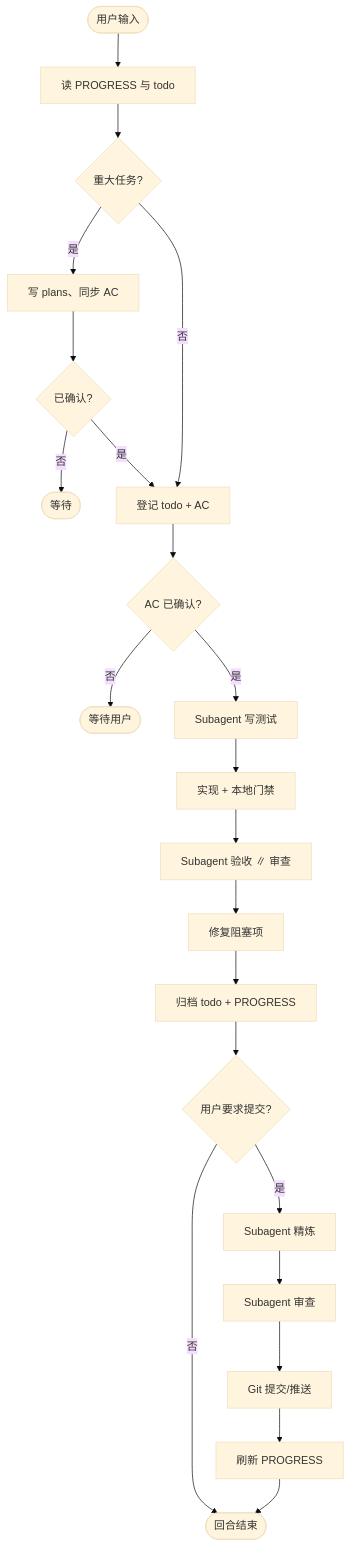
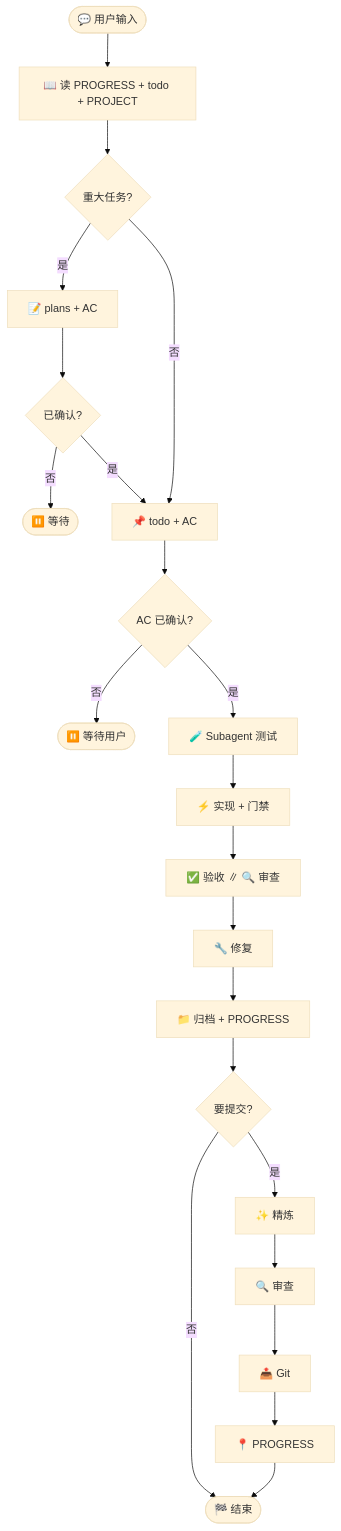
The diagram in docs/zh-CN/workflow.md (HYX-LHJ/mini-harness), drawn with Mermaid (base theme) before and after one commit. The commit also changed other lines of this file and 42 other files, not shown here.

````diff
--- a/docs/zh-CN/workflow.md
+++ b/docs/zh-CN/workflow.md
@@ -75,24 +92,24 @@
 ```mermaid
 flowchart TD
-    Start(["用户输入"]) --> Read["读 PROGRESS 与 todo"]
+    Start(["💬 用户输入"]) --> Read["📖 读 PROGRESS + todo + PROJECT"]
     Read --> PlanCheck{"重大任务?"}
-    PlanCheck -->|是| Plan["写 plans、同步 AC"]
+    PlanCheck -->|是| Plan["📝 plans + AC"]
     Plan --> UserOK{"已确认?"}
-    UserOK -->|否| Wait(["等待"])
+    UserOK -->|否| Wait(["⏸️ 等待"])
     UserOK -->|是| Todo
-    PlanCheck -->|否| Todo["登记 todo + AC"]
+    PlanCheck -->|否| Todo["📌 todo + AC"]
     Todo --> ACCheck{"AC 已确认?"}
-    ACCheck -->|否| WaitAC(["等待用户"])
-    ACCheck -->|是| TDD["Subagent 写测试"]
-    TDD --> Impl["实现 + 本地门禁"]
-    Impl --> Parallel["Subagent 验收 ∥ 审查"]
-    Parallel --> Fix["修复阻塞项"]
-    Fix --> Archive["归档 todo + PROGRESS"]
-    Archive --> CommitCheck{"用户要求提交?"}
-    CommitCheck -->|否| End(["回合结束"])
-    CommitCheck -->|是| Simplify["Subagent 精炼"]
-    Simplify --> Review2["Subagent 审查"]
-    Review2 --> Git["Git 提交/推送"]
-    Git --> Sync["刷新 PROGRESS"]
+    ACCheck -->|否| WaitAC(["⏸️ 等待用户"])
+    ACCheck -->|是| TDD["🧪 Subagent 测试"]
+    TDD --> Impl["⚡ 实现 + 门禁"]
+    Impl --> Parallel["✅ 验收 ∥ 🔍 审查"]
+    Parallel --> Fix["🔧 修复"]
+    Fix --> Archive["📁 归档 + PROGRESS"]
+    Archive --> CommitCheck{"要提交?"}
+    CommitCheck -->|否| End(["🏁 结束"])
+    CommitCheck -->|是| Simplify["✨ 精炼"]
+    Simplify --> Review2["🔍 审查"]
+    Review2 --> Git["📤 Git"]
+    Git --> Sync["📍 PROGRESS"]
     Sync --> End
 ```
````
